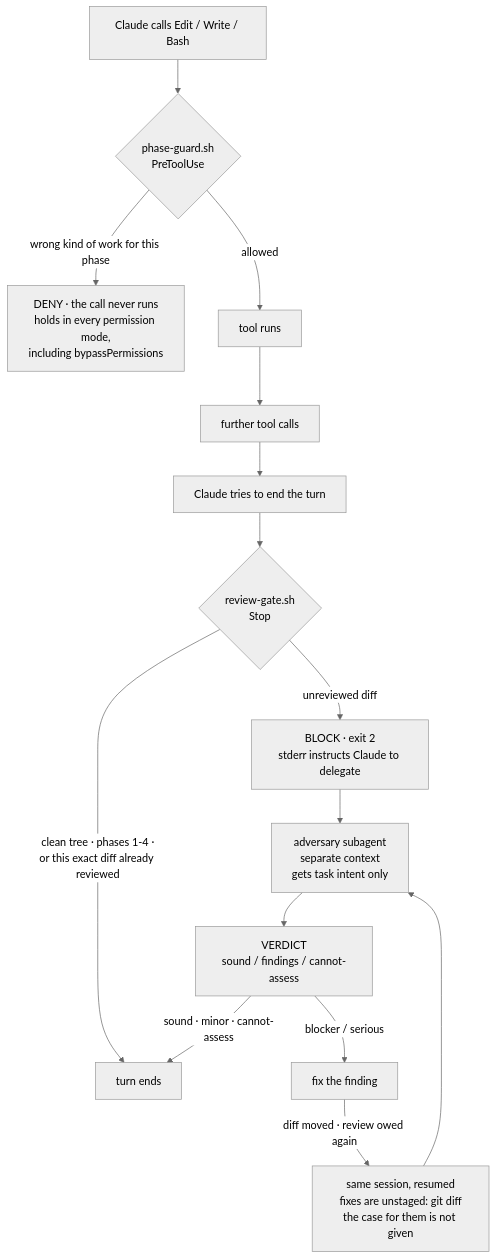
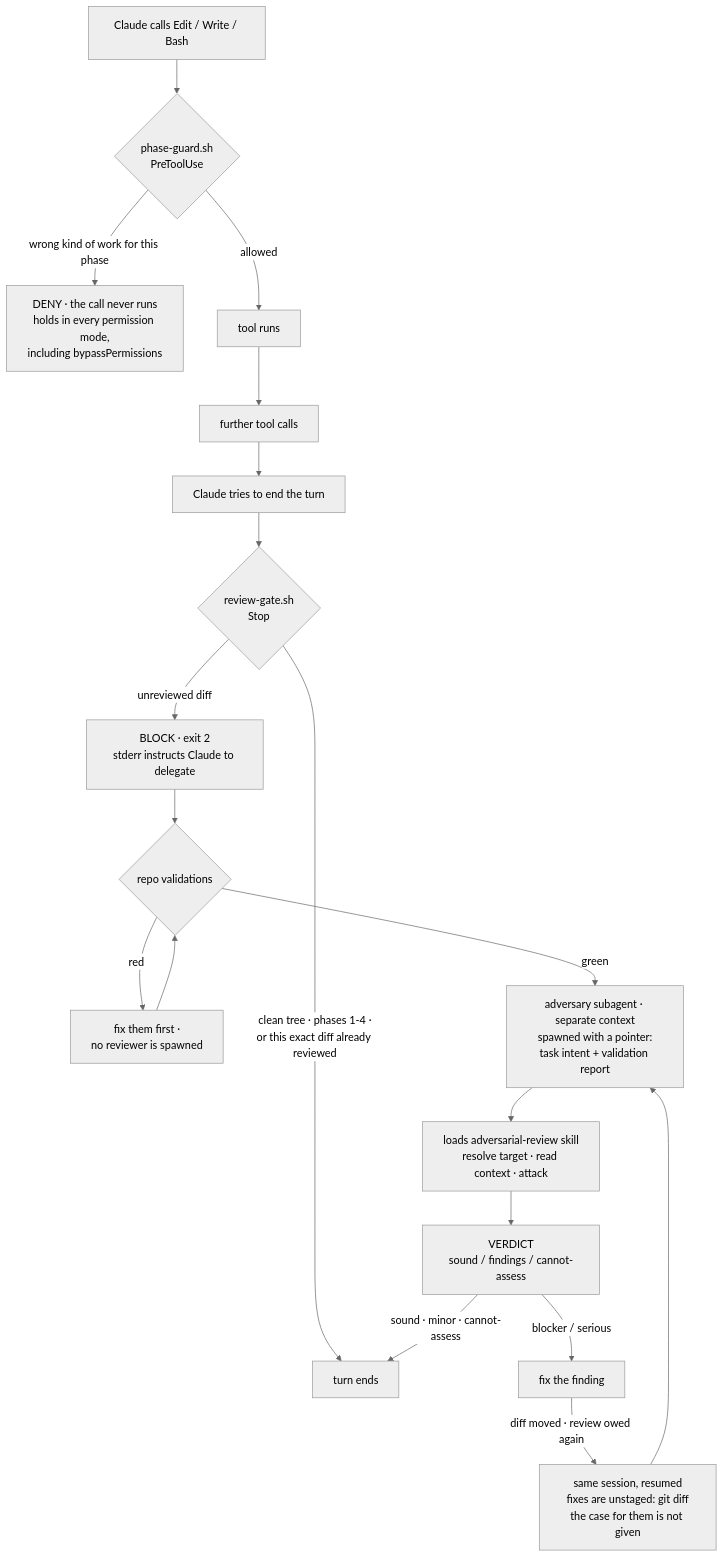
One commit to Vavly/skills changed the second of 2 diagrams in spec-gate/README.md. Above: the diagram before and after it, drawn with Mermaid (neutral theme). The commit also changed other lines of this file and 6 other files, not shown here.

````diff
--- a/spec-gate/README.md
+++ b/spec-gate/README.md
@@ -641,17 +713,21 @@
 ```mermaid
 flowchart TD
     C["Claude calls Edit / Write / Bash"] --> G{"phase-guard.sh<br/>PreToolUse"}
     G -->|"wrong kind of work for this phase"| DENY["DENY · the call never runs<br/>holds in every permission mode,<br/>including bypassPermissions"]
     G -->|"allowed"| RUN["tool runs"]
     RUN --> LOOP["further tool calls"]
     LOOP --> STOP["Claude tries to end the turn"]
     STOP --> RG{"review-gate.sh<br/>Stop"}
     RG -->|"clean tree · phases 1-4 ·<br/>or this exact diff already reviewed"| DONE["turn ends"]
     RG -->|"unreviewed diff"| BLOCK["BLOCK · exit 2<br/>stderr instructs Claude to delegate"]
-    BLOCK --> ADV["adversary subagent<br/>separate context<br/>gets task intent only"]
-    ADV --> V["VERDICT<br/>sound / findings / cannot-assess"]
+    BLOCK --> VAL{"repo validations"}
+    VAL -->|"red"| FIXV["fix them first ·<br/>no reviewer is spawned"]
+    FIXV --> VAL
+    VAL -->|"green"| ADV["adversary subagent · separate context<br/>spawned with a pointer:<br/>task intent + validation report"]
+    ADV --> SK["loads adversarial-review skill<br/>resolve target · read context · attack"]
+    SK --> V["VERDICT<br/>sound / findings / cannot-assess"]
     V -->|"blocker / serious"| FIX["fix the finding"]
     FIX -->|"diff moved · review owed again"| RESUME["same session, resumed<br/>fixes are unstaged: git diff<br/>the case for them is not given"]
     RESUME --> ADV
     V -->|"sound · minor · cannot-assess"| DONE
 ```
````
